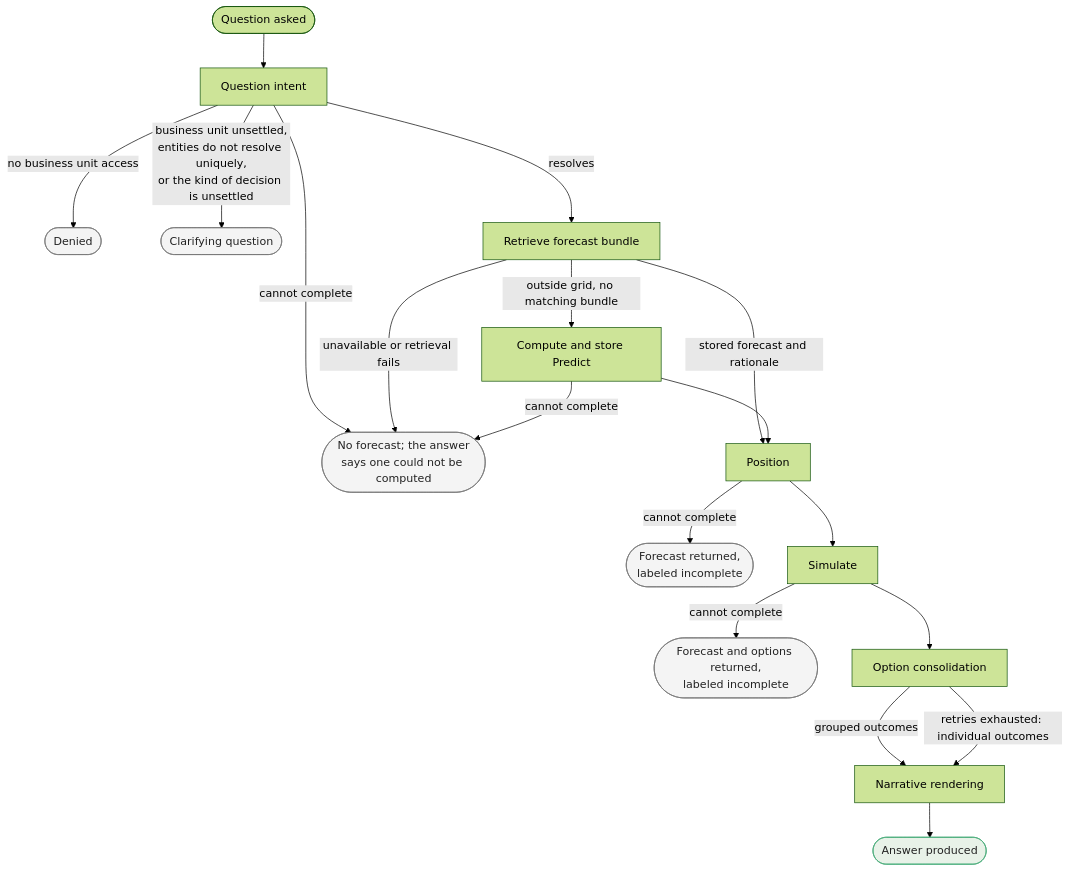
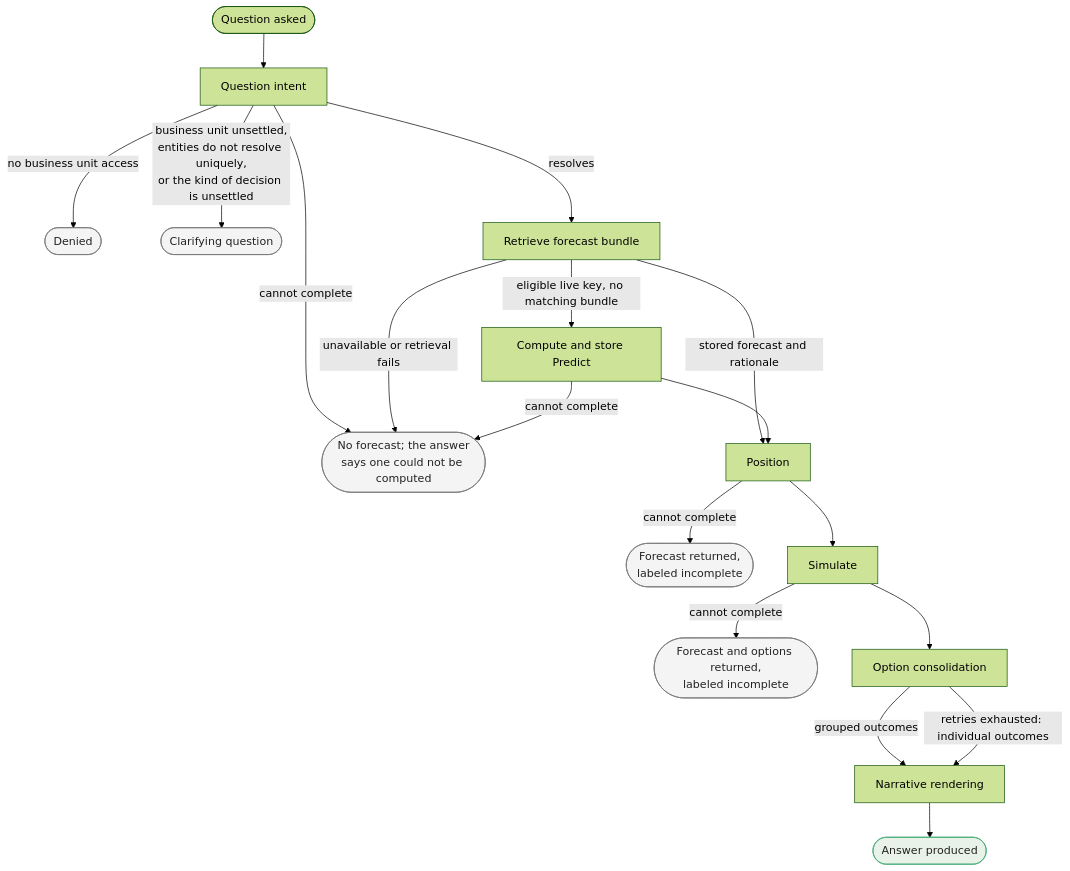
One commit to billy-atkins/price-horizon changed the fifth of 5 diagrams in specs/application/technical/architecture.md. Above: the diagram before and after it, drawn with Mermaid (forest theme). The commit also changed other lines of this file and 38 other files, not shown here.

````diff
--- a/specs/application/technical/architecture.md
+++ b/specs/application/technical/architecture.md
@@ -257,29 +253,29 @@
 ```mermaid
 ---
 config:
   layout: dagre
 ---
 flowchart TD
     START(["Question asked"]) --> INTENT["Question intent"]
     INTENT -->|"no business unit access"| DENIED(["Denied"])
     INTENT -->|"business unit unsettled,<br/>entities do not resolve uniquely,<br/>or the kind of decision is unsettled"| CLARIFY(["Clarifying question"])
     INTENT -->|"cannot complete"| PF(["No forecast; the answer<br/>says one could not be computed"])
     INTENT -->|"resolves"| LOOKUP["Retrieve forecast bundle"]
     LOOKUP -->|"stored forecast and rationale"| POSITION["Position"]
-    LOOKUP -->|"outside grid, no matching bundle"| PREDICT["Compute and store Predict"]
+    LOOKUP -->|"eligible live key, no matching bundle"| PREDICT["Compute and store Predict"]
     LOOKUP -->|"unavailable or retrieval fails"| PF
     PREDICT -->|"cannot complete"| PF
     PREDICT --> POSITION
     POSITION -->|"cannot complete"| POSF(["Forecast returned,<br/>labeled incomplete"])
     POSITION --> SIMULATE["Simulate"]
     SIMULATE -->|"cannot complete"| SIMF(["Forecast and options returned,<br/>labeled incomplete"])
     SIMULATE --> GROUP["Option consolidation"]
     GROUP -->|"grouped outcomes"| RENDER["Narrative rendering"]
     GROUP -->|"retries exhausted: individual outcomes"| RENDER
     RENDER --> AP(["Answer produced"])
 
     classDef stop fill:#f4f4f4,stroke:#777,color:#222
     classDef done fill:#e8f2e8,stroke:#4a7,color:#222
     class DENIED,CLARIFY,PF,POSF,SIMF stop
     class AP done
 ```
````
